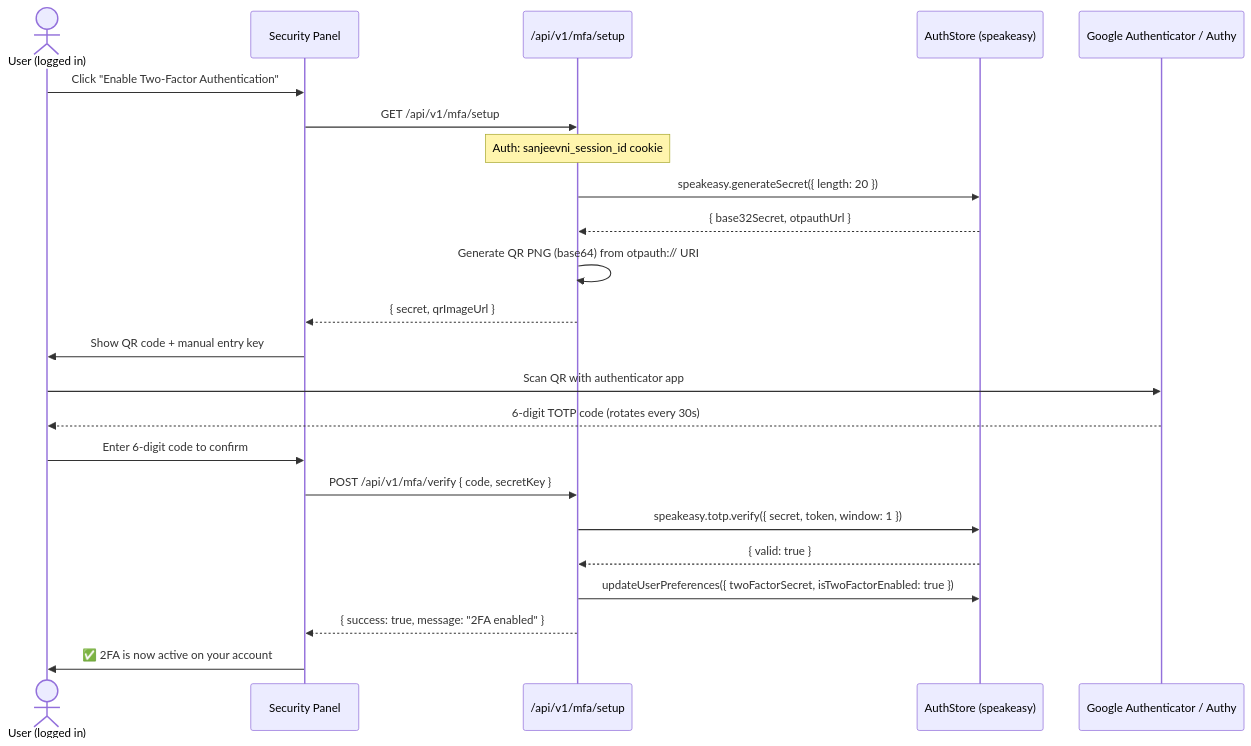
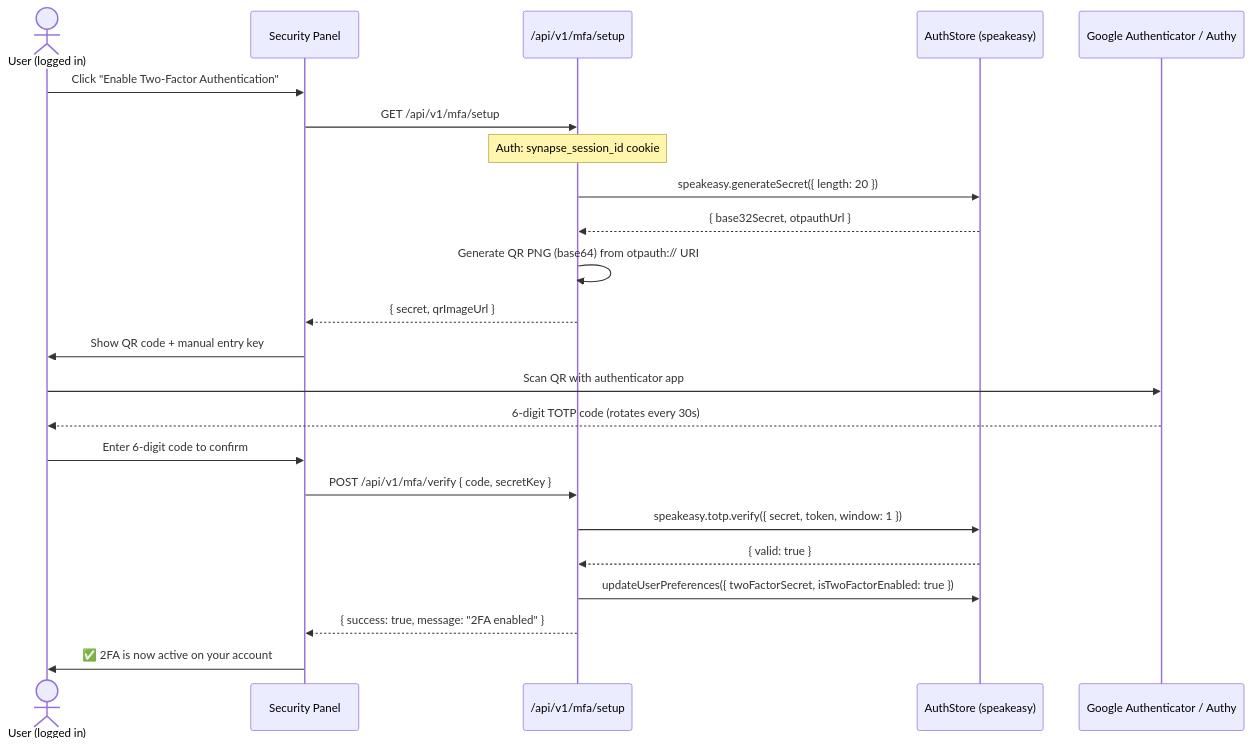
Before and after one commit to Rachit-Tiwari-7/SYNAPSE-OS: the third of 4 diagrams in docs/2FA.md, drawn with Mermaid. The commit also changed other lines of this file and 54 other files, not shown here.

````diff
--- a/docs/2FA.md
+++ b/docs/2FA.md
@@ -196,29 +196,29 @@
 ```mermaid
 sequenceDiagram
     actor U as User (logged in)
     participant FE as Security Panel
     participant API as /api/v1/mfa/setup
     participant Store as AuthStore (speakeasy)
     participant Auth as Google Authenticator / Authy
 
     U->>FE: Click "Enable Two-Factor Authentication"
     FE->>API: GET /api/v1/mfa/setup
-    Note over API: Auth: sanjeevni_session_id cookie
+    Note over API: Auth: synapse_session_id cookie
     API->>Store: speakeasy.generateSecret({ length: 20 })
     Store-->>API: { base32Secret, otpauthUrl }
     API->>API: Generate QR PNG (base64) from otpauth:// URI
     API-->>FE: { secret, qrImageUrl }
 
     FE->>U: Show QR code + manual entry key
 
     U->>Auth: Scan QR with authenticator app
     Auth-->>U: 6-digit TOTP code (rotates every 30s)
 
     U->>FE: Enter 6-digit code to confirm
     FE->>API: POST /api/v1/mfa/verify { code, secretKey }
     API->>Store: speakeasy.totp.verify({ secret, token, window: 1 })
     Store-->>API: { valid: true }
     API->>Store: updateUserPreferences({ twoFactorSecret, isTwoFactorEnabled: true })
     API-->>FE: { success: true, message: "2FA enabled" }
     FE->>U: ✅ 2FA is now active on your account
 ```
````
